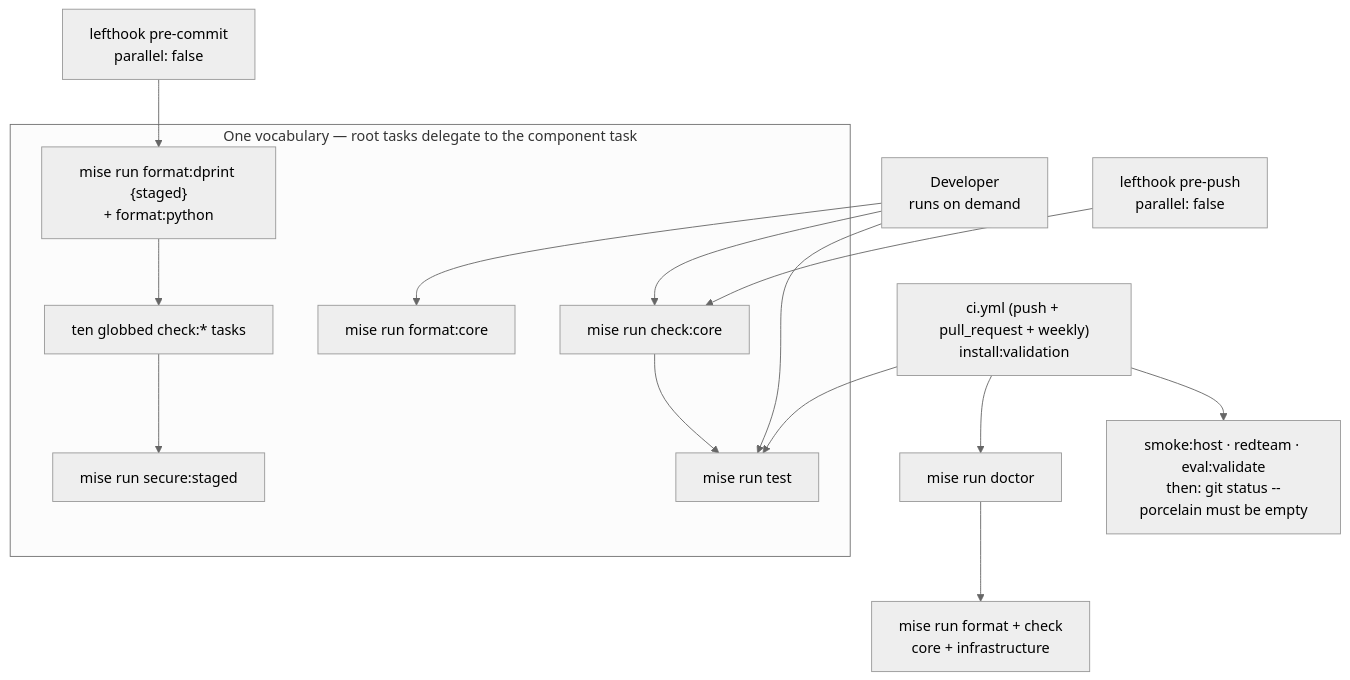
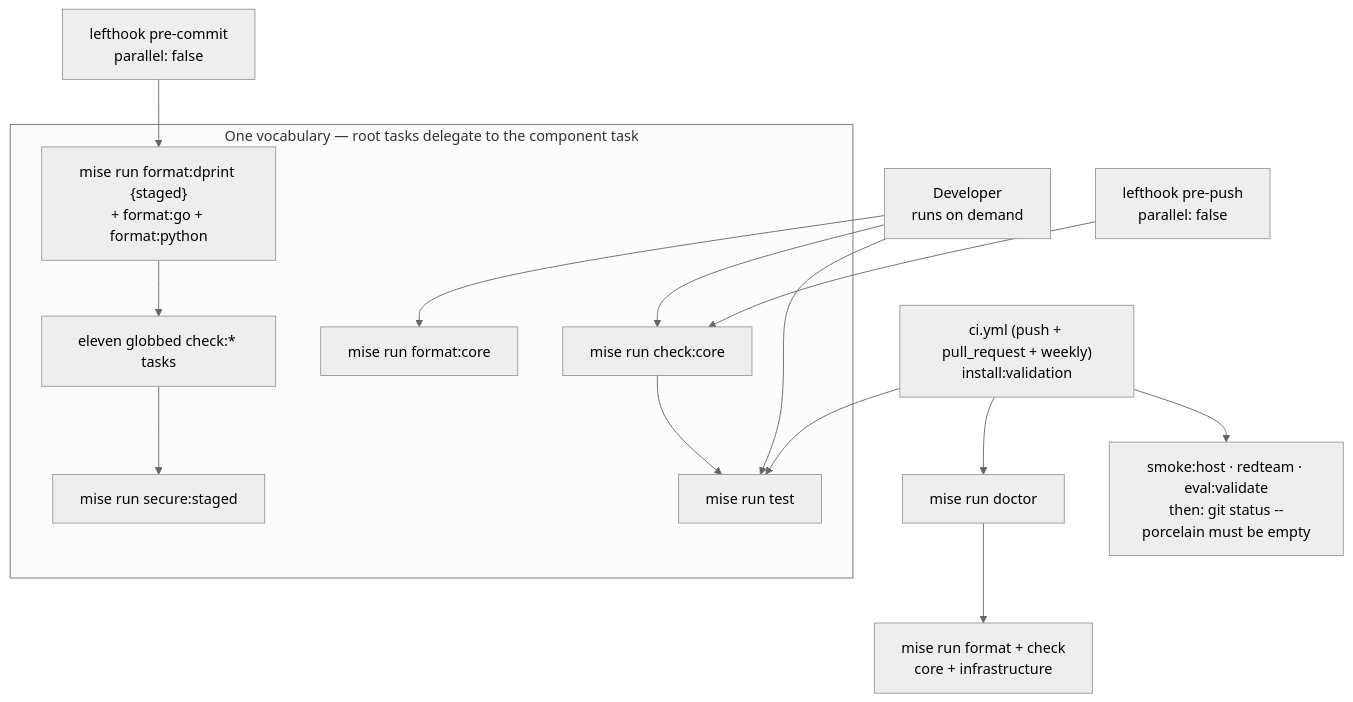
The diagram in content/4. Quality/4.1. Linting.md (LuiGGi629/agentops-open-course), drawn with Mermaid (neutral theme) before and after one commit. The commit also changed other lines of this file and 43 other files, not shown here.

````diff
--- a/content/4. Quality/4.1. Linting.md
+++ b/content/4. Quality/4.1. Linting.md
@@ -123,24 +123,24 @@
 ```mermaid
 flowchart TD
     subgraph vocab["One vocabulary — root tasks delegate to the component task"]
         FMT["mise run format:core"]
-        FMTC["mise run format:dprint {staged}<br/>+ format:python"]
-        SCOPED["ten globbed check:* tasks"]
+        FMTC["mise run format:dprint {staged}<br/>+ format:go + format:python"]
+        SCOPED["eleven globbed check:* tasks"]
         CHK["mise run check:core"]
         TST["mise run test"]
         SEC["mise run secure:staged"]
     end
 
     DEV["Developer<br/>runs on demand"] --> FMT
     DEV --> CHK
     DEV --> TST
 
     PC["lefthook pre-commit<br/>parallel: false"] --> FMTC
     FMTC --> SCOPED --> SEC
 
     PP["lefthook pre-push<br/>parallel: false"] --> CHK --> TST
 
     CI["ci.yml (push + pull_request + weekly)<br/>install:validation"] --> DOC["mise run doctor"] --> FULL["mise run format + check<br/>core + infrastructure"]
     CI --> TST
     CI --> EXTRA["smoke:host · redteam · eval:validate<br/>then: git status --porcelain must be empty"]
 ```
````
